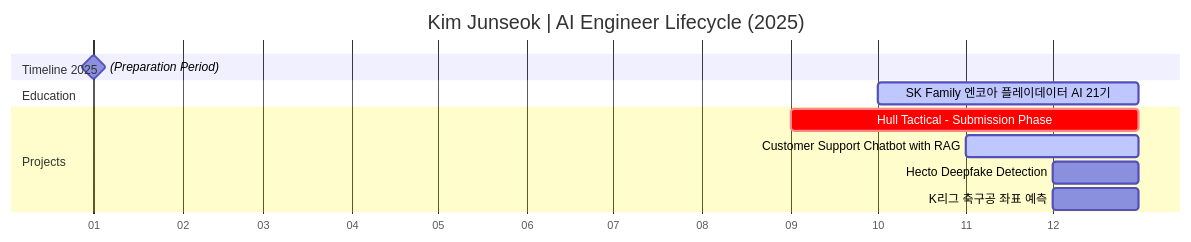
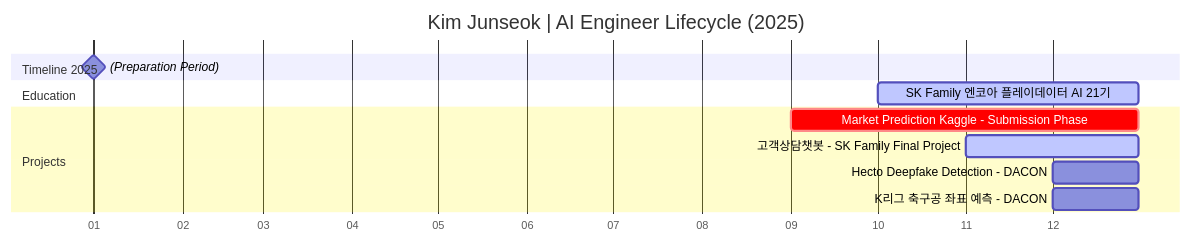
One commit to junreud/junreud changed the first of 2 diagrams in README.md. Above: the diagram before and after it, drawn with Mermaid. The commit also changed other lines of this file, not shown here.

Commit message:
준석_mermaid 그래프 수정

````diff
--- a/README.md
+++ b/README.md
@@ -7,20 +7,20 @@
 ```mermaid
 gantt
     title Kim Junseok | AI Engineer Lifecycle (2025)
     dateFormat  YYYY-MM-DD
     axisFormat  %m
     tickInterval 1month
-    
+
     %% Axis starts from Jan 2025
     section Timeline 2025
     (Preparation Period)                     :milestone, m1, 2025-01-01, 0d
 
     section Education
     SK Family 엔코아 플레이데이터 AI 21기      :active, edu1, 2025-10-01, 2025-12-31
 
     section Projects
-    Hull Tactical - Submission Phase         :crit, p1_sub, 2025-09-01, 2025-12-31
-    Customer Support Chatbot with RAG        :active, p2, 2025-11-01, 2025-12-31
-    Hecto Deepfake Detection                 :p3, 2025-12-01, 2025-12-31
-    K리그 축구공 좌표 예측                     :p4, 2025-12-01, 2025-12-31
+    Market Prediction Kaggle - Submission Phase         :crit, p1_sub, 2025-09-01, 2025-12-31
+    고객상담챗봇 - SK Family Final Project        :active, p2, 2025-11-01, 2025-12-31
+    Hecto Deepfake Detection - DACON                 :p3, 2025-12-01, 2025-12-31
+    K리그 축구공 좌표 예측 - DACON                     :p4, 2025-12-01, 2025-12-31
 ```
````
